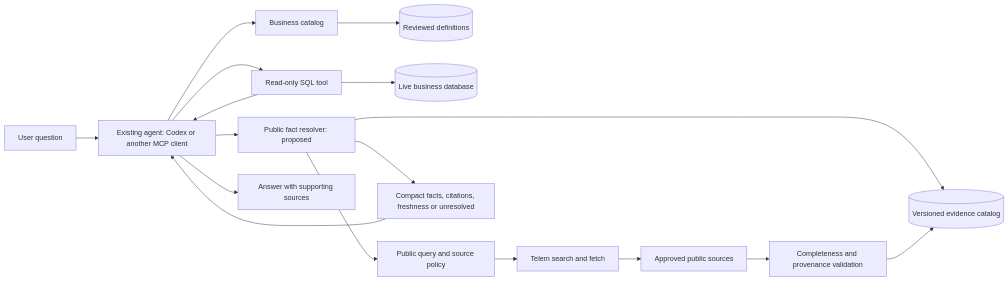
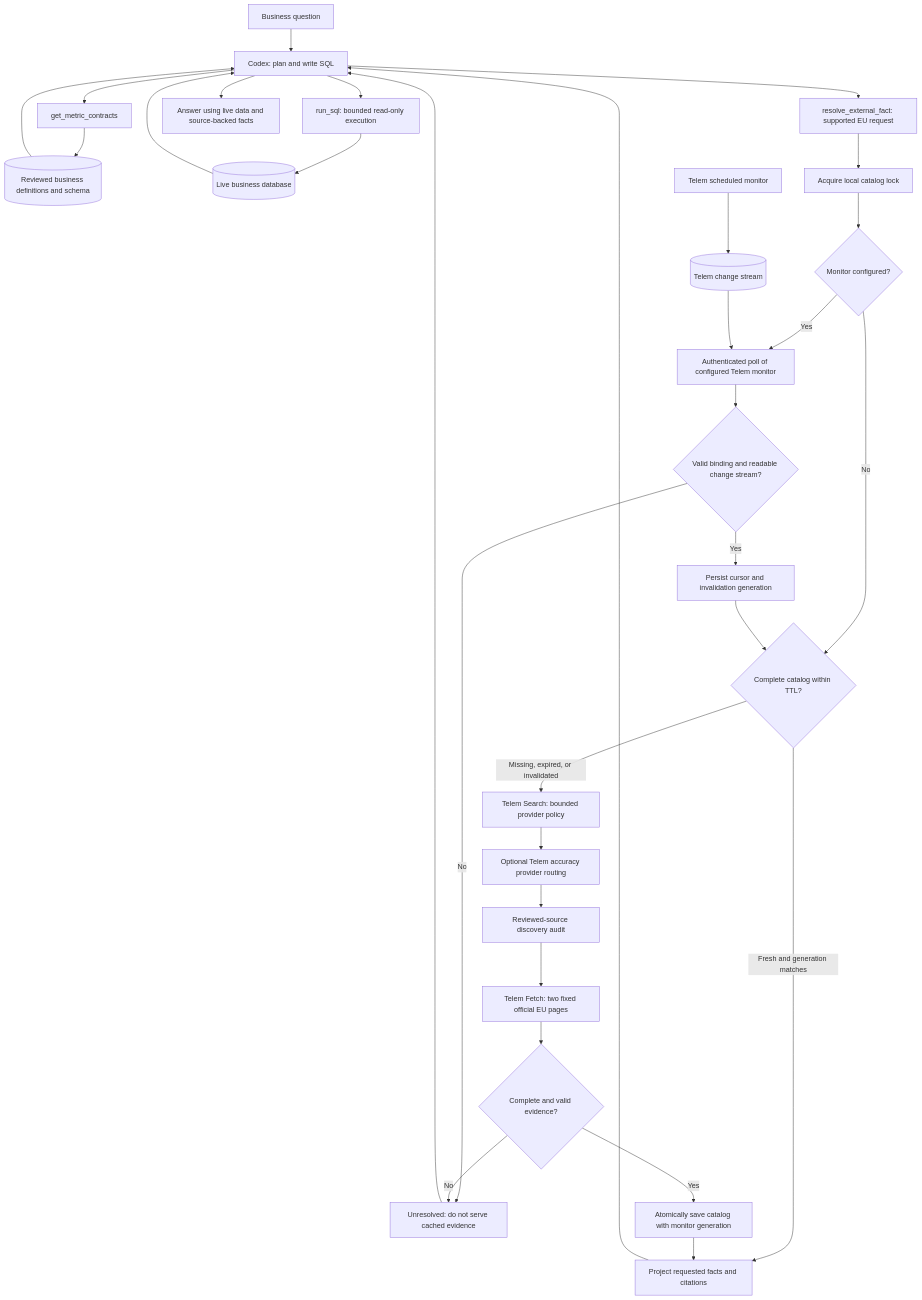
The first of 2 diagrams in docs/telem-evidence-design.md (nisarg1499/lesser-tokenzz), drawn with Mermaid before and after one commit. The commit also changed other lines of this file and 9 other files, not shown here.

Commit message:
Add fail-closed Telem monitor cache invalidation and architecture diagrams

````diff
--- a/docs/telem-evidence-design.md
+++ b/docs/telem-evidence-design.md
@@ -30,19 +14,33 @@
 ```mermaid
-flowchart LR
-    U[User question] --> A[Existing agent: Codex or another MCP client]
-    A --> B[Business catalog]
-    A --> R[Public fact resolver: proposed]
-    A --> Q[Read-only SQL tool]
-    B --> D[(Reviewed definitions)]
+flowchart TD
+    U[Business question] --> A[Codex: plan and write SQL]
+    A --> B[get_metric_contracts]
+    B --> BC[(Reviewed business definitions and schema)]
+    BC --> A
+    A --> Q[run_sql: bounded read-only execution]
     Q --> DB[(Live business database)]
-    R --> C[(Versioned evidence catalog)]
-    R --> P[Public query and source policy]
-    P --> T[Telem search and fetch]
-    T --> W[Approved public sources]
-    W --> V[Completeness and provenance validation]
-    V --> C
-    R --> E[Compact facts, citations, freshness or unresolved]
-    E --> A
-    Q --> A
-    A --> O[Answer with supporting sources]
+    DB --> A
+    A --> R[resolve_external_fact: supported EU request]
+    R --> L[Acquire local catalog lock]
+    L --> M{Monitor configured?}
+    M -- No --> C{Complete catalog within TTL?}
+    M -- Yes --> P[Authenticated poll of configured Telem monitor]
+    P --> V{Valid binding and readable change stream?}
+    V -- No --> X[Unresolved: do not serve cached evidence]
+    V -- Yes --> G[Persist cursor and invalidation generation]
+    G --> C
+    C -- Fresh and generation matches --> H[Project requested facts and citations]
+    C -- Missing, expired, or invalidated --> S[Telem Search: bounded provider policy]
+    S --> RT[Optional Telem accuracy provider routing]
+    RT --> D[Reviewed-source discovery audit]
+    D --> F[Telem Fetch: two fixed official EU pages]
+    F --> E{Complete and valid evidence?}
+    E -- No --> X
+    E -- Yes --> W[Atomically save catalog with monitor generation]
+    W --> H
+    H --> A
+    X --> A
+    A --> O[Answer using live data and source-backed facts]
+    TM[Telem scheduled monitor] --> CS[(Telem change stream)]
+    CS --> P
 ```
````
